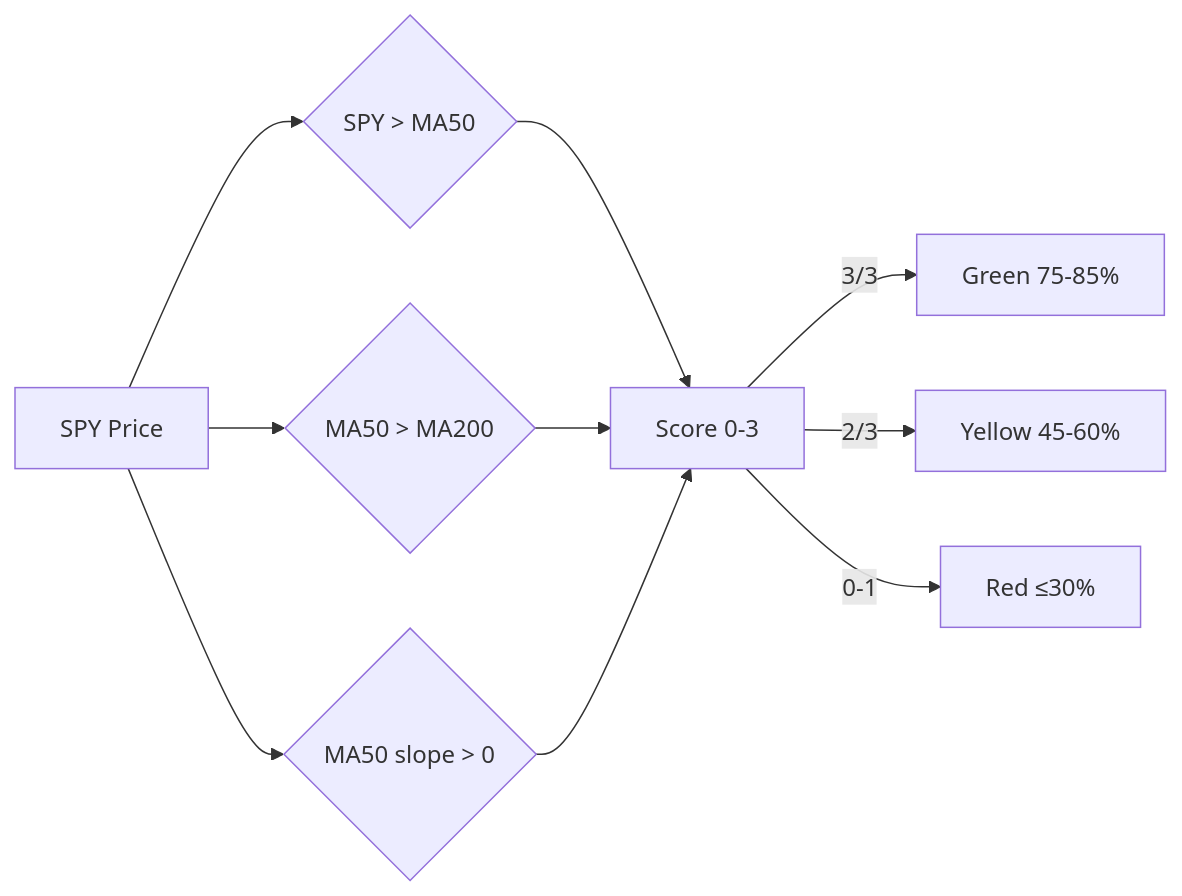
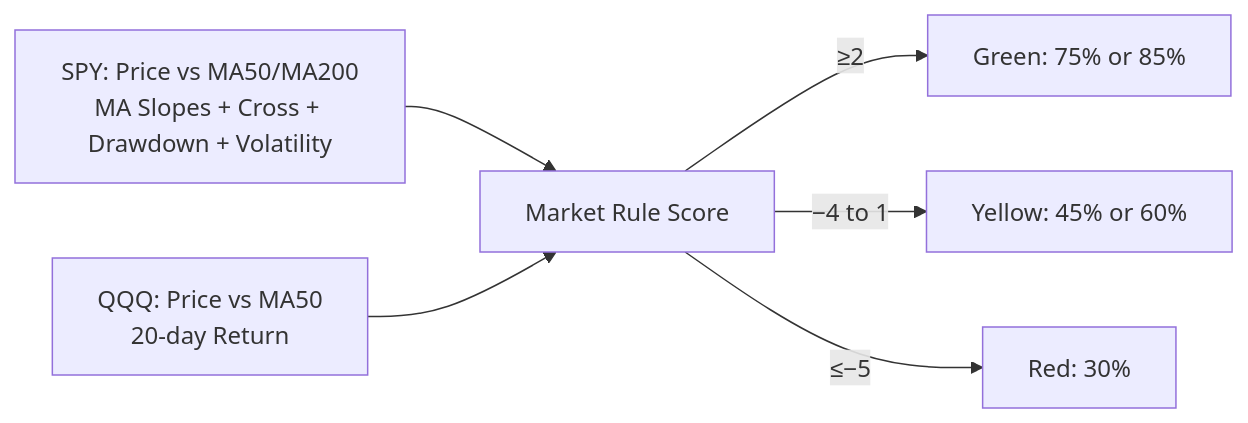
One commit to KAMCHIU-LAB/Stock_Monitor changed the third of 4 diagrams in README.md. Above: the diagram before and after it, drawn with Mermaid. The commit also changed other lines of this file and 34 other files, not shown here.

````diff
--- a/README.md
+++ b/README.md
@@ -125,12 +169,8 @@
 ```mermaid
 flowchart LR
-    SPY["SPY Price"] --> C1{"SPY > MA50"}
-    SPY --> C2{"MA50 > MA200"}
-    SPY --> C3{"MA50 slope > 0"}
-    C1 --> S["Score 0-3"]
-    C2 --> S
-    C3 --> S
-    S --> |"3/3"| G["Green 75-85%"]
-    S --> |"2/3"| Y["Yellow 45-60%"]
-    S --> |"0-1"| R["Red ≤30%"]
+    SPY["SPY: Price vs MA50/MA200\nMA Slopes + Cross + Drawdown + Volatility"] --> S["Market Rule Score"]
+    QQQ["QQQ: Price vs MA50\n20-day Return"] --> S
+    S --> |"≥2"| G["Green: 75% or 85%"]
+    S --> |"−4 to 1"| Y["Yellow: 45% or 60%"]
+    S --> |"≤−5"| R["Red: 30%"]
 ```
````
